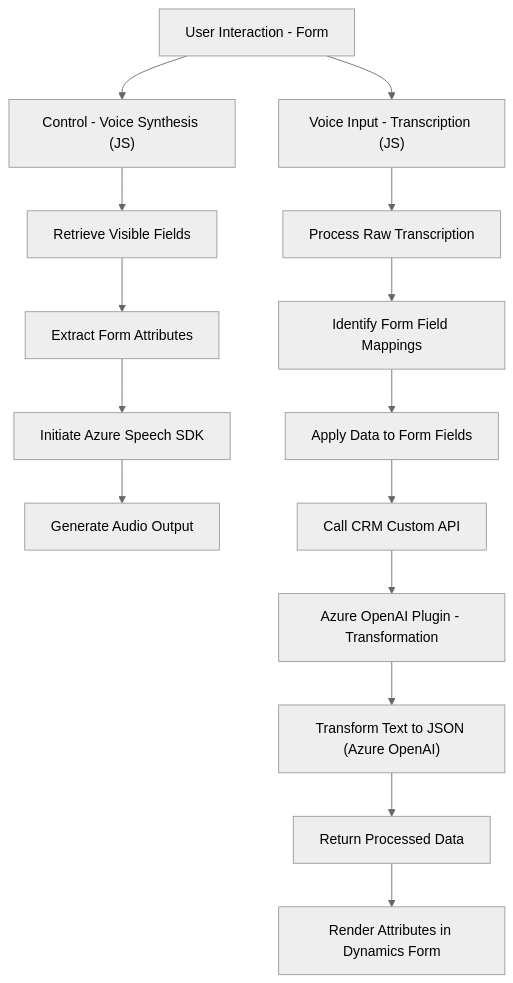
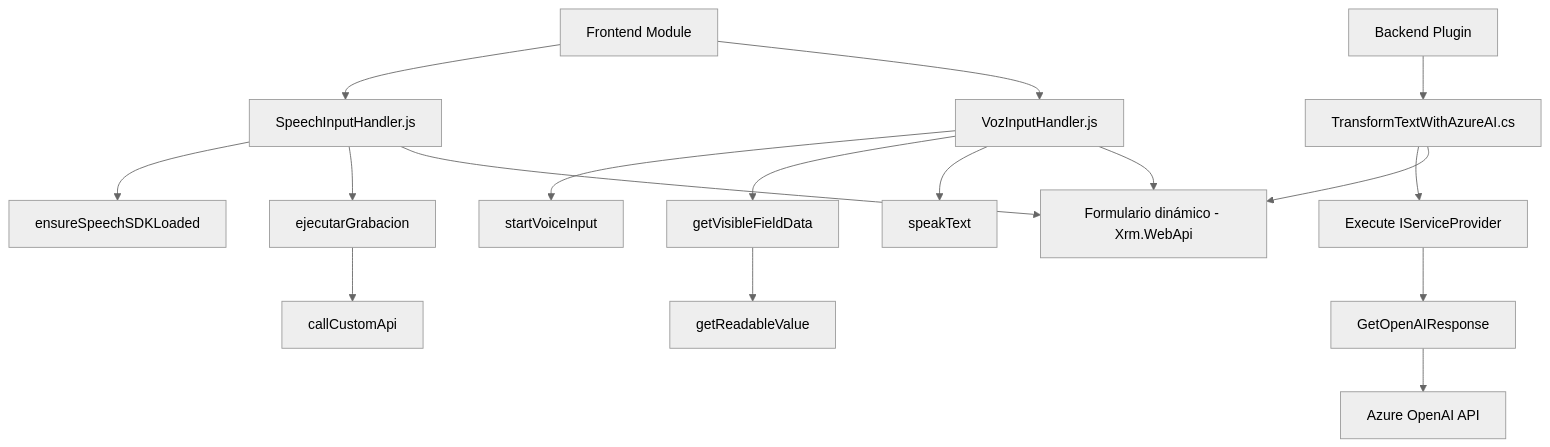
The diagram in README.md (blopezdm/NETCORE_BILBAO2025), drawn with Mermaid (neutral theme) before and after one commit. The commit also changed other lines of this file, not shown here.

````diff
--- a/README.md
+++ b/README.md
@@ -50,20 +55,22 @@
 ```mermaid
 graph TD
-    A["User Interaction - Form"] --> B["Control - Voice Synthesis (JS)"]
-    B --> C["Retrieve Visible Fields"]
-    C --> D["Extract Form Attributes"]
-    D --> E["Initiate Azure Speech SDK"]
-    E --> F["Generate Audio Output"]
-    
-    A --> G["Voice Input - Transcription (JS)"]
-    G --> H["Process Raw Transcription"]
-    H --> I["Identify Form Field Mappings"]
-    I --> J["Apply Data to Form Fields"]
-    J --> K["Call CRM Custom API"]
+  A["Frontend Module"] --> B["SpeechInputHandler.js"]
+  A --> C["VozInputHandler.js"]
+  B --> D["ensureSpeechSDKLoaded"]
+  B --> E["ejecutarGrabacion"]
+  E --> F["callCustomApi"]
 
-    K --> L["Azure OpenAI Plugin - Transformation"]
-    L --> M["Transform Text to JSON (Azure OpenAI)"]
-    M --> N["Return Processed Data"]
-    
-    N --> O["Render Attributes in Dynamics Form"]
+  C --> G["startVoiceInput"]
+  C --> H["getVisibleFieldData"]
+  H --> I["getReadableValue"]
+  C --> J["speakText"]
+
+  K["Backend Plugin"] --> L["TransformTextWithAzureAI.cs"]
+  L --> M["Execute IServiceProvider"]
+  M --> N["GetOpenAIResponse"]
+  N --> O["Azure OpenAI API"]
+
+  B --> P["Formulario dinámico - Xrm.WebApi"]
+  C --> P
+  L --> P
 ```
````
